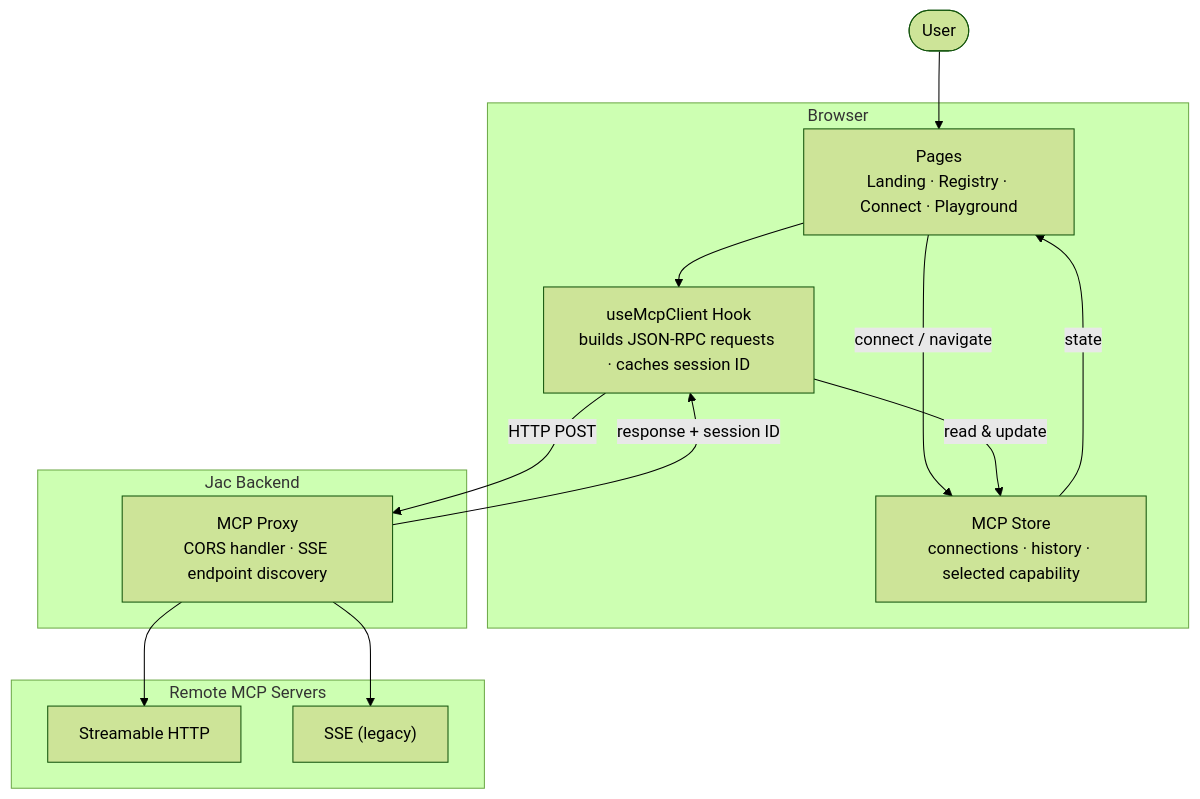
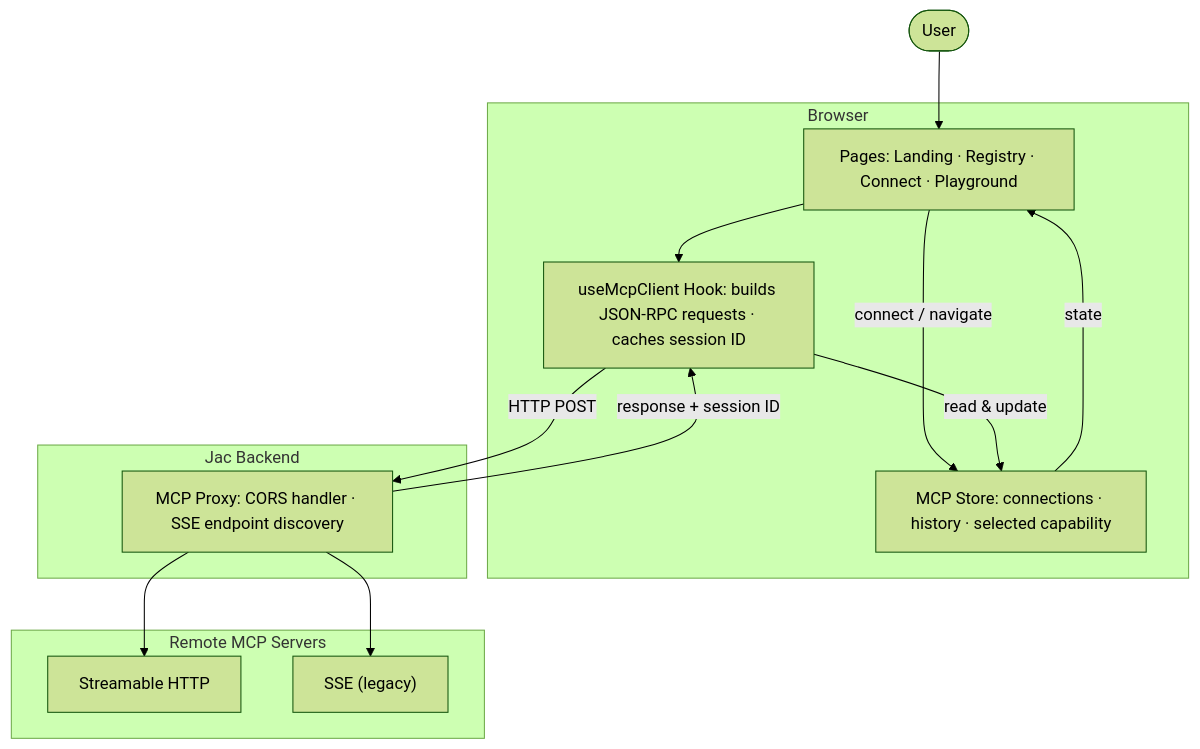
One commit to SahanUday/ProtoMCP changed the diagram in README.md. Above: the diagram before and after it, drawn with Mermaid (forest theme).

````diff
--- a/README.md
+++ b/README.md
@@ -131,29 +131,29 @@
 ```mermaid
 graph TB
     User(["User"])
 
     subgraph Browser["Browser"]
-        Pages["Pages\nLanding · Registry · Connect · Playground"]
-        Store["MCP Store\nconnections · history · selected capability"]
-        Hook["useMcpClient Hook\nbuilds JSON-RPC requests · caches session ID"]
+        Pages["Pages: Landing · Registry · Connect · Playground"]
+        Store["MCP Store: connections · history · selected capability"]
+        Hook["useMcpClient Hook: builds JSON-RPC requests · caches session ID"]
     end
 
     subgraph Backend["Jac Backend"]
-        Proxy["MCP Proxy\nCORS handler · SSE endpoint discovery"]
+        Proxy["MCP Proxy: CORS handler · SSE endpoint discovery"]
     end
 
     subgraph MCP["Remote MCP Servers"]
         HTTP["Streamable HTTP"]
         SSE["SSE (legacy)"]
     end
 
     User --> Pages
     Pages -->|"connect / navigate"| Store
     Store -->|"state"| Pages
     Pages --> Hook
     Hook -->|"read & update"| Store
     Hook -->|"HTTP POST"| Proxy
     Proxy --> HTTP
     Proxy --> SSE
     Proxy -->|"response + session ID"| Hook
 ```
````
